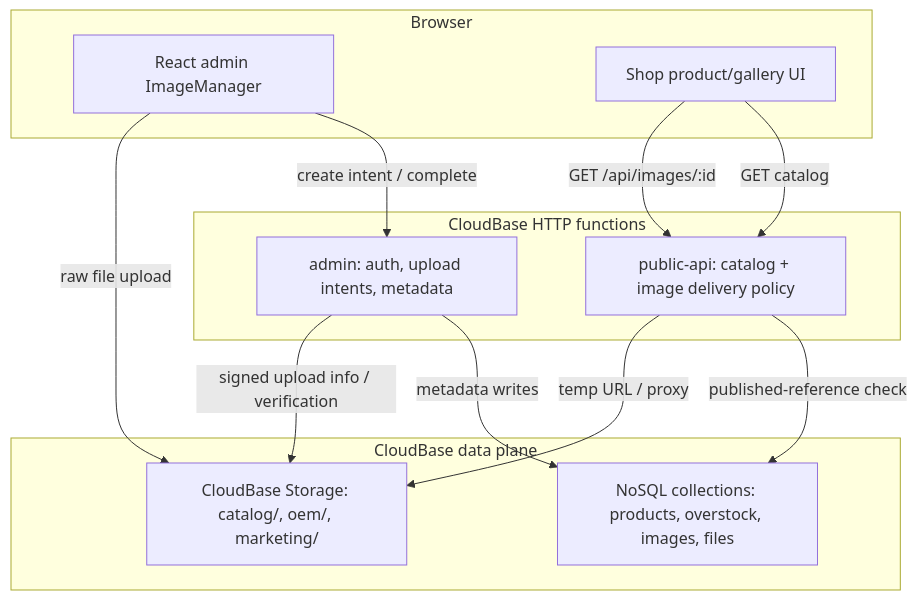
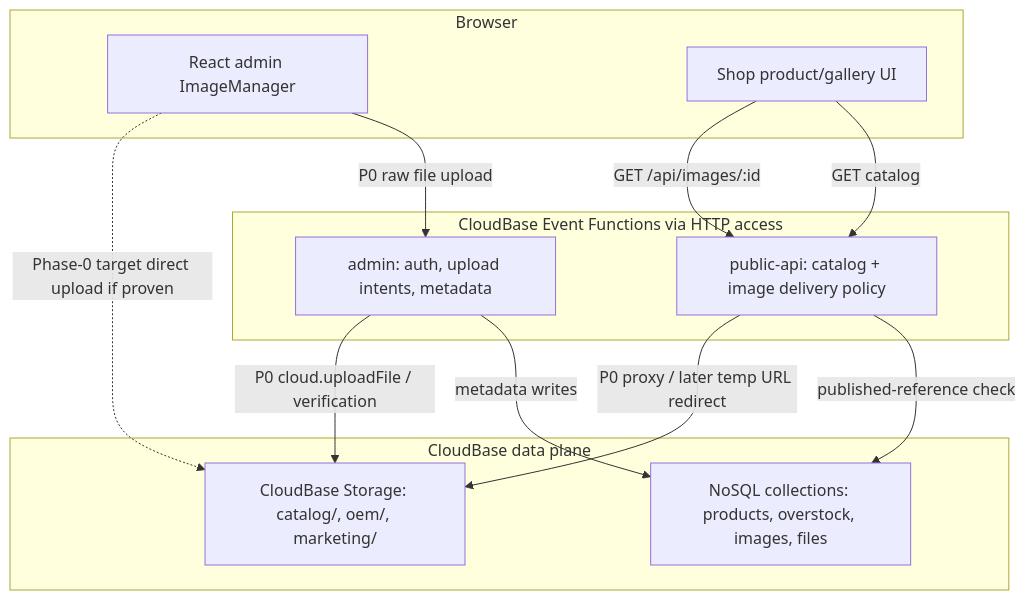
The sixth of 6 diagrams in docs/IMAGE_UPLOAD_STORAGE_DESIGN.md (vibelingan/channel), drawn with Mermaid before and after one commit. The commit also changed other lines of this file, not shown here.

Commit message:
Harden image upload storage design

````diff
--- a/docs/IMAGE_UPLOAD_STORAGE_DESIGN.md
+++ b/docs/IMAGE_UPLOAD_STORAGE_DESIGN.md
@@ -420,26 +500,26 @@
 ```mermaid
 flowchart TB
   subgraph Browser["Browser"]
     AdminUI["React admin ImageManager"]
     ShopUI["Shop product/gallery UI"]
   end
 
-  subgraph API["CloudBase HTTP functions"]
+  subgraph API["CloudBase Event Functions via HTTP access"]
     AdminAPI["admin: auth, upload intents, metadata"]
     PublicAPI["public-api: catalog + image delivery policy"]
   end
 
   subgraph Data["CloudBase data plane"]
     NoSQL["NoSQL collections: products, overstock, images, files"]
     Storage["CloudBase Storage: catalog/, oem/, marketing/"]
   end
 
-  AdminUI -->|"create intent / complete"| AdminAPI
+  AdminUI -->|"P0 raw file upload"| AdminAPI
   AdminAPI -->|"metadata writes"| NoSQL
-  AdminAPI -->|"signed upload info / verification"| Storage
-  AdminUI -->|"raw file upload"| Storage
+  AdminAPI -->|"P0 cloud.uploadFile / verification"| Storage
+  AdminUI -.->|"Phase-0 target direct upload if proven"| Storage
   ShopUI -->|"GET catalog"| PublicAPI
   ShopUI -->|"GET /api/images/:id"| PublicAPI
   PublicAPI -->|"published-reference check"| NoSQL
-  PublicAPI -->|"temp URL / proxy"| Storage
+  PublicAPI -->|"P0 proxy / later temp URL redirect"| Storage
 ```
````
